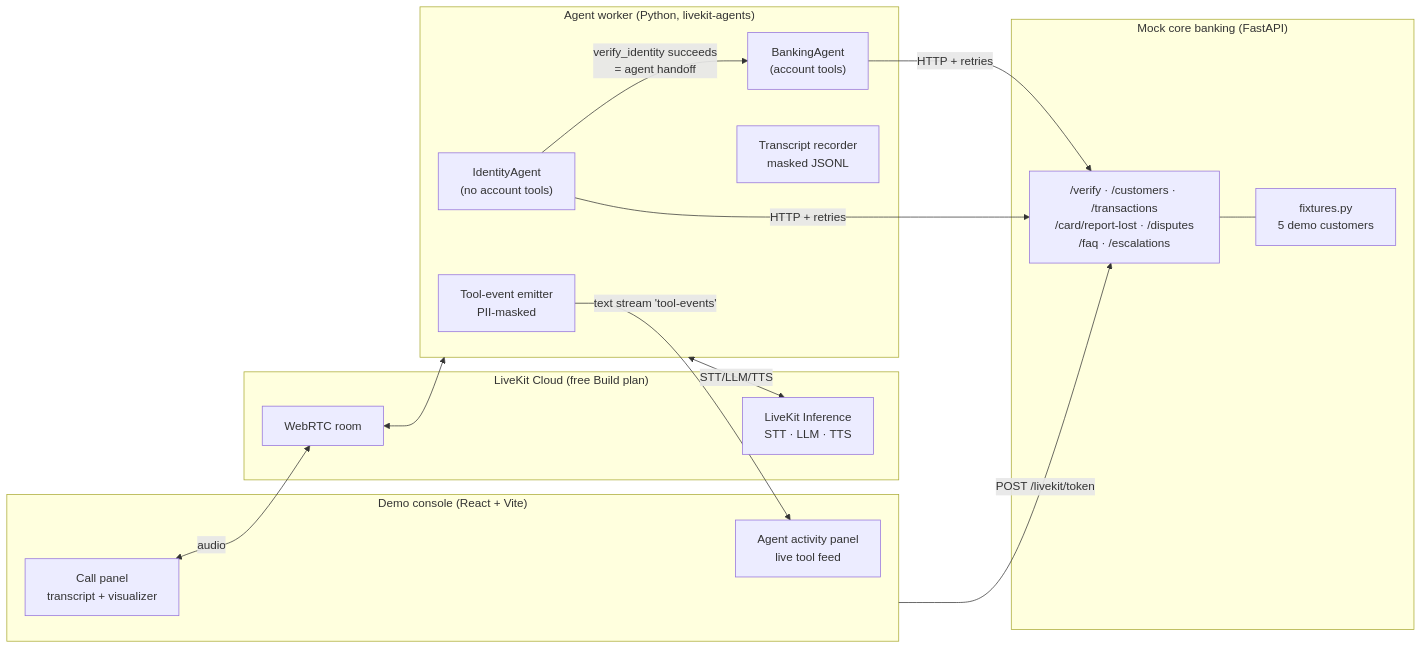
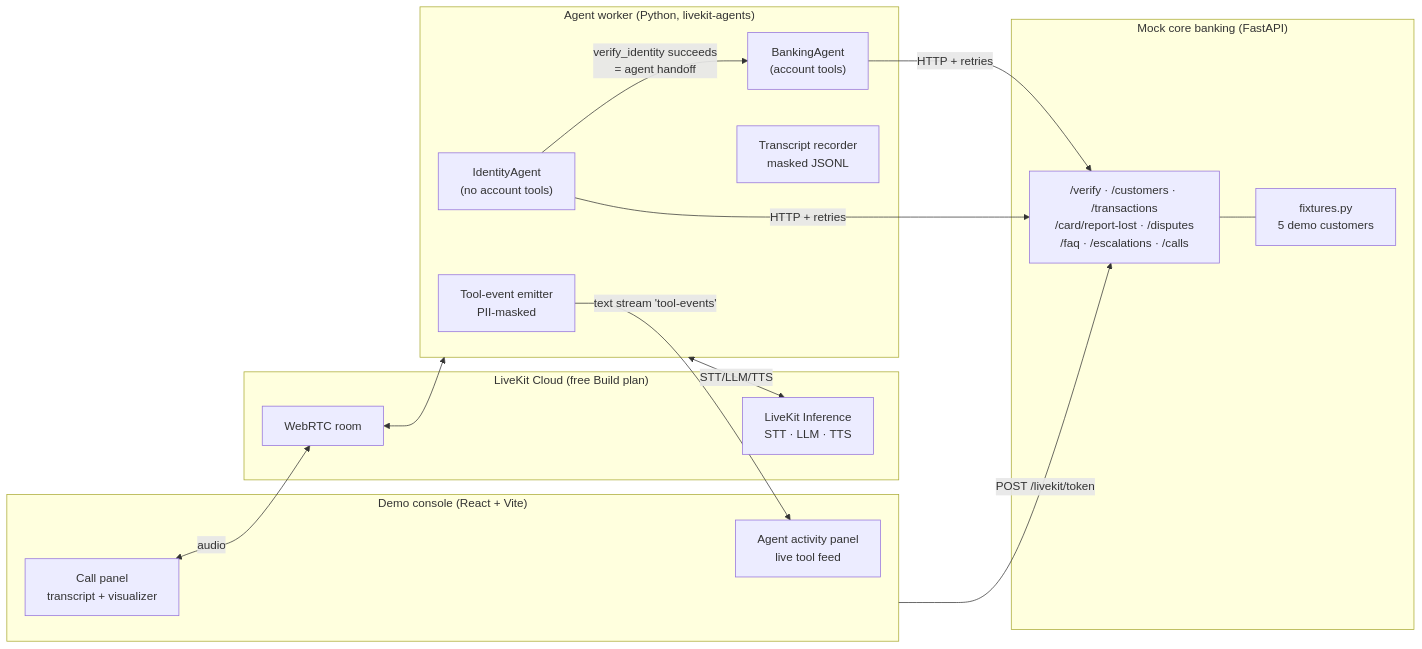
The diagram in README.md (immanueln98/AI-Bank-Agent-Prototype), drawn with Mermaid before and after one commit. The commit also changed other lines of this file and 19 other files, not shown here.

````diff
--- a/README.md
+++ b/README.md
@@ -16,34 +22,34 @@
 ```mermaid
 flowchart LR
     subgraph Browser["Demo console (React + Vite)"]
         UI["Call panel<br/>transcript + visualizer"]
         ACT["Agent activity panel<br/>live tool feed"]
     end
 
     subgraph Cloud["LiveKit Cloud (free Build plan)"]
         RTC["WebRTC room"]
         INF["LiveKit Inference<br/>STT · LLM · TTS"]
     end
 
     subgraph Worker["Agent worker (Python, livekit-agents)"]
         IA["IdentityAgent<br/>(no account tools)"]
         BA["BankingAgent<br/>(account tools)"]
         EVT["Tool-event emitter<br/>PII-masked"]
         TR["Transcript recorder<br/>masked JSONL"]
     end
 
     subgraph Bank["Mock core banking (FastAPI)"]
-        API["/verify · /customers · /transactions<br/>/card/report-lost · /disputes<br/>/faq · /escalations"]
+        API["/verify · /customers · /transactions<br/>/card/report-lost · /disputes<br/>/faq · /escalations · /calls"]
         FIX["fixtures.py<br/>5 demo customers"]
     end
 
     UI <-->|audio| RTC
     RTC <--> Worker
     Worker <-->|STT/LLM/TTS| INF
     IA -->|verify_identity succeeds<br/>= agent handoff| BA
     BA -->|HTTP + retries| API
     IA -->|HTTP + retries| API
     API --- FIX
     EVT -->|text stream 'tool-events'| ACT
     Browser -->|POST /livekit/token| API
 ```
````
